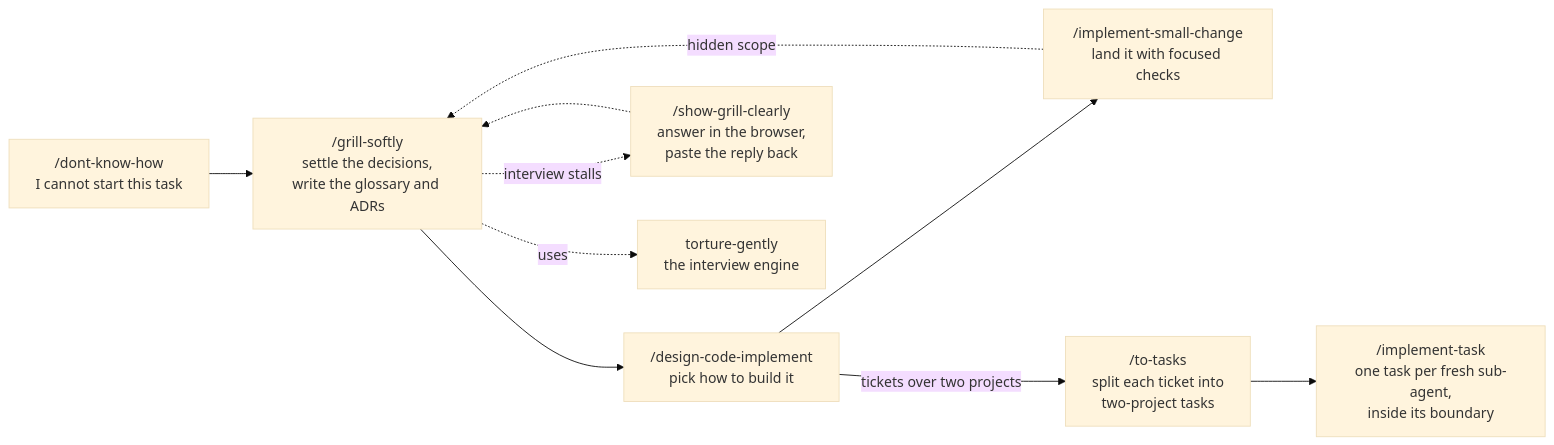
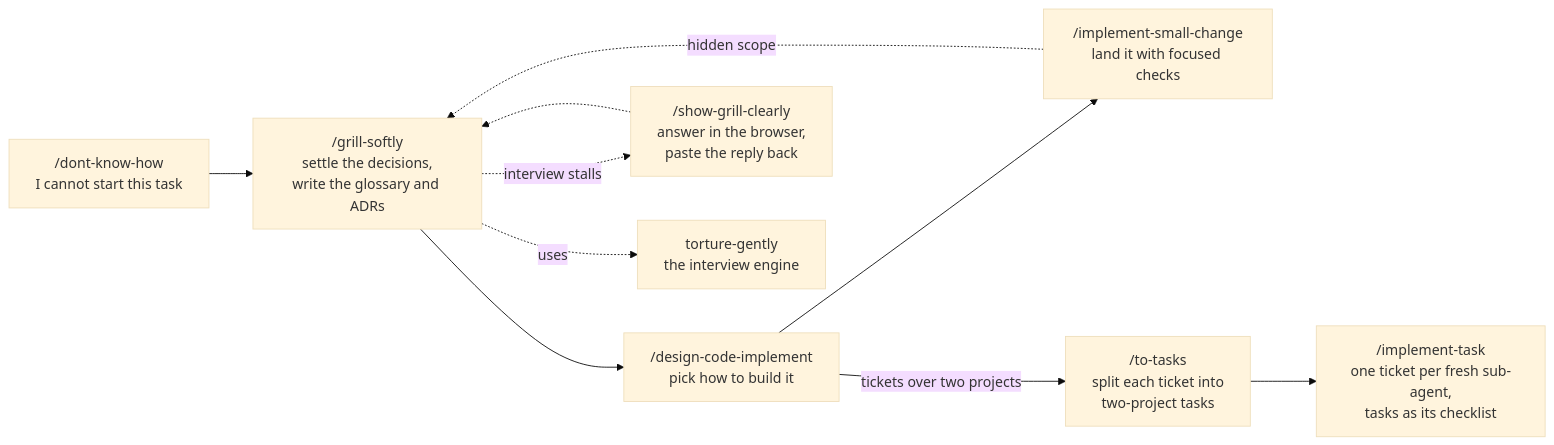
The diagram in README.md (GUOJIE-HONG/skills), drawn with Mermaid (base theme) before and after one commit. The commit also changed other lines of this file and 8 other files, not shown here.

First line of the commit message:
feat(implement-task)!: 派工單位從 task 改為 ticket，一張 ticket 一個 sub-agent

````diff
--- a/README.md
+++ b/README.md
@@ -68,12 +68,12 @@
 ```mermaid
 flowchart LR
     A["/dont-know-how<br/>I cannot start this task"] --> B["/grill-softly<br/>settle the decisions,<br/>write the glossary and ADRs"]
     B --> C["/design-code-implement<br/>pick how to build it"]
     C --> D["/implement-small-change<br/>land it with focused checks"]
     C -- tickets over two projects --> G["/to-tasks<br/>split each ticket into<br/>two-project tasks"]
-    G --> H["/implement-task<br/>one task per fresh sub-agent,<br/>inside its boundary"]
+    G --> H["/implement-task<br/>one ticket per fresh sub-agent,<br/>tasks as its checklist"]
     B -. interview stalls .-> E["/show-grill-clearly<br/>answer in the browser,<br/>paste the reply back"]
     E -.-> B
     B -. uses .-> F["torture-gently<br/>the interview engine"]
     D -. hidden scope .-> B
 ```
````
